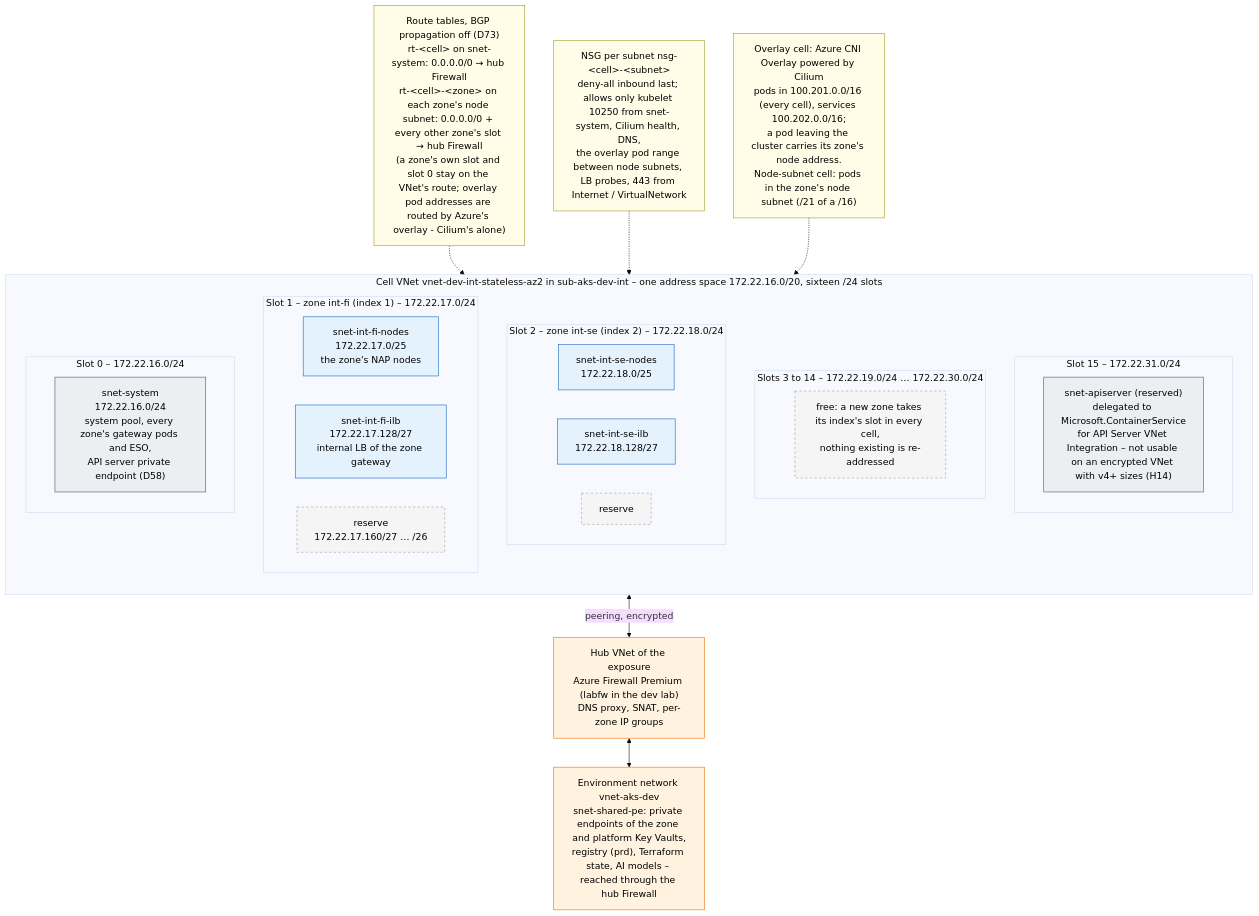
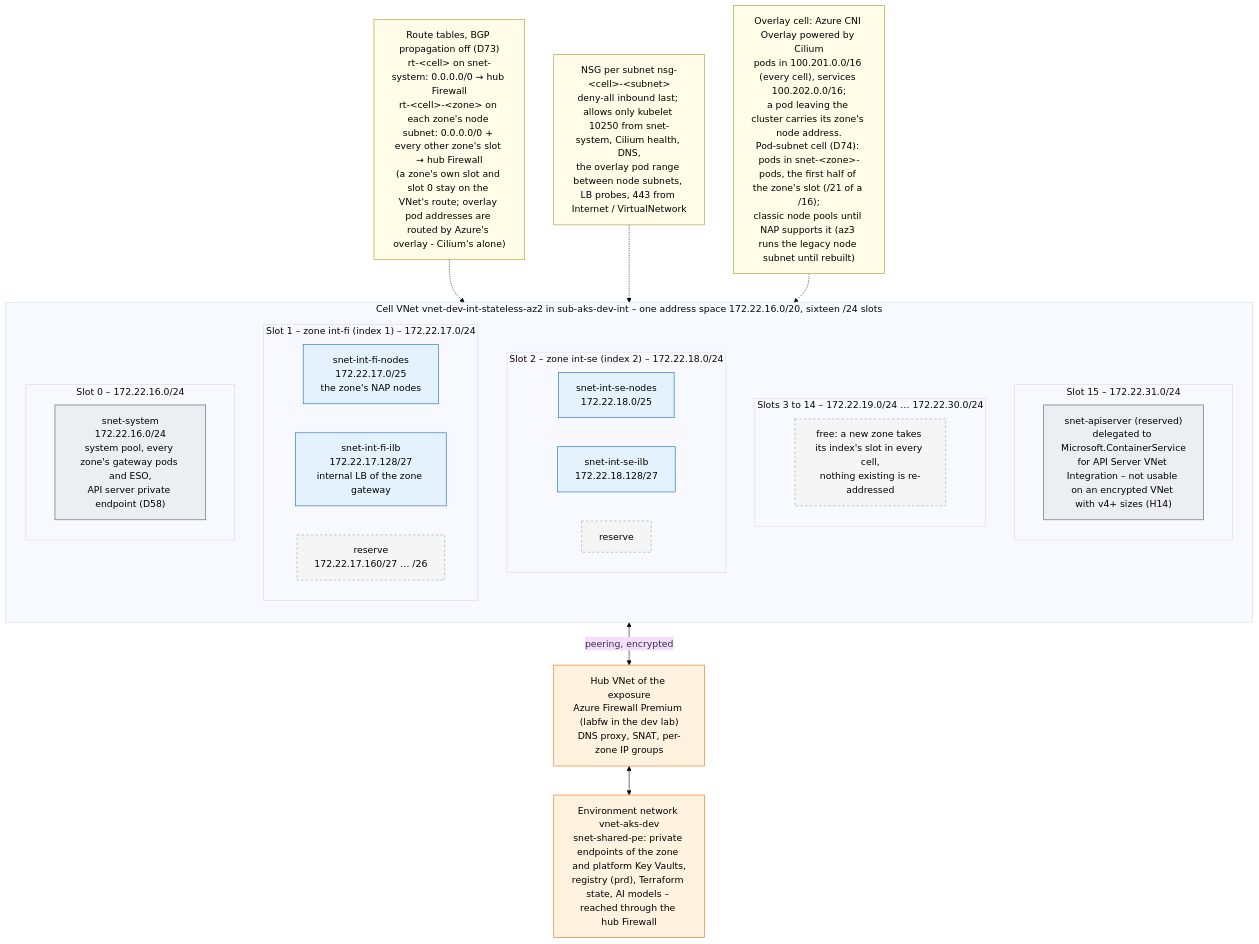
Before and after one commit to onek8s/onek8s.github.io: the diagram in diagrams/2.1-network-subnets.mmd, drawn with Mermaid (base theme). The commit also changed 10 other files, not shown here.

```diff
--- a/diagrams/2.1-network-subnets.mmd
+++ b/diagrams/2.1-network-subnets.mmd
@@ -1,60 +1,61 @@
 %% Subnet layout of an AKS spoke VNet, here an internal overlay cell with the dev lab's addressing (172.22.16.0/20).
 %% One address space per cell, cut into sixteen equal slots: slot 0 the system subnet, slots 1-14 the isolation
 %% zones by their index (the same index in every cell of the exposure), slot 15 reserved for the delegated API
 %% server subnet of VNet integration (H14). In a zone's slot the first half is the node subnet and the fifth eighth
-%% the load balancer subnet; the rest is reserve (address plan, section 3.1). A node-subnet cell (D59) is the same
-%% with a /16 of 100.64.0.0/10 and its pods in the node subnets. Private endpoints are not in the cells (snet-shared-pe).
+%% the load balancer subnet; the rest is reserve (address plan, section 3.1). A pod-subnet cell (D74) is the same
+%% with a /16 of 100.64.0.0/10, the pod subnet as the first half of the slot and the nodes in the sixth eighth; the lab's
+%% az3 still runs the legacy node subnet (D59) until it is rebuilt. Private endpoints are not in the cells (snet-shared-pe).
 %% Internal and external are separate clusters and subscriptions (D52): an external cell's VNet is the same layout
 %% with ext-fi / ext-se in its slots and public load balancers for its zone gateways. Since D73 (2026-10-18) a zone's node
 %% subnet routes every other zone's slot to the hub Firewall, so zone-to-zone traffic that carries node addresses is denied
 %% and logged there; the system subnet keeps the default route alone.
 flowchart TB
     subgraph VNET["Cell VNet vnet-dev-int-stateless-az2 in sub-aks-dev-int – one address space 172.22.16.0/20, sixteen /24 slots"]
         direction TB
         subgraph S15["Slot 15 – 172.22.31.0/24"]
             direction LR
             api["snet-apiserver (reserved)<br/>delegated to Microsoft.ContainerService<br/>for API Server VNet Integration – not usable on an encrypted VNet with v4+ sizes (H14)"]
         end
         subgraph SF["Slots 3 to 14 – 172.22.19.0/24 … 172.22.30.0/24"]
             direction LR
             free["free: a new zone takes its index's slot in every cell,<br/>nothing existing is re-addressed"]
         end
         subgraph S2["Slot 2 – zone int-se (index 2) – 172.22.18.0/24"]
             direction LR
             ise_n["snet-int-se-nodes<br/>172.22.18.0/25"]
             ise_i["snet-int-se-ilb<br/>172.22.18.128/27"]
             ise_r["reserve"]
         end
         subgraph S1["Slot 1 – zone int-fi (index 1) – 172.22.17.0/24"]
             direction LR
             ifi_n["snet-int-fi-nodes<br/>172.22.17.0/25<br/>the zone's NAP nodes"]
             ifi_i["snet-int-fi-ilb<br/>172.22.17.128/27<br/>internal LB of the zone gateway"]
             ifi_r["reserve<br/>172.22.17.160/27 … /26"]
         end
         subgraph S0["Slot 0 – 172.22.16.0/24"]
             direction LR
             sys["snet-system<br/>172.22.16.0/24<br/>system pool, every zone's gateway pods and ESO,<br/>API server private endpoint (D58)"]
         end
     end
 
     shared["Environment network vnet-aks-dev<br/>snet-shared-pe: private endpoints of the zone and platform Key Vaults,<br/>registry (prd), Terraform state, AI models – reached through the hub Firewall"]
     hub["Hub VNet of the exposure<br/>Azure Firewall Premium (labfw in the dev lab)<br/>DNS proxy, SNAT, per-zone IP groups"]
     rt["Route tables, BGP propagation off (D73)<br/>rt-&lt;cell&gt; on snet-system: 0.0.0.0/0 → hub Firewall<br/>rt-&lt;cell&gt;-&lt;zone&gt; on each zone's node subnet: 0.0.0.0/0 + every other zone's slot → hub Firewall<br/>(a zone's own slot and slot 0 stay on the VNet's route; overlay pod addresses are routed by Azure's overlay - Cilium's alone)"]
     nsg["NSG per subnet nsg-&lt;cell&gt;-&lt;subnet&gt;<br/>deny-all inbound last; allows only kubelet 10250 from snet-system, Cilium health, DNS,<br/>the overlay pod range between node subnets, LB probes, 443 from Internet / VirtualNetwork"]
-    cni["Overlay cell: Azure CNI Overlay powered by Cilium<br/>pods in 100.201.0.0/16 (every cell), services 100.202.0.0/16;<br/>a pod leaving the cluster carries its zone's node address.<br/>Node-subnet cell: pods in the zone's node subnet (/21 of a /16)"]
+    cni["Overlay cell: Azure CNI Overlay powered by Cilium<br/>pods in 100.201.0.0/16 (every cell), services 100.202.0.0/16;<br/>a pod leaving the cluster carries its zone's node address.<br/>Pod-subnet cell (D74): pods in snet-&lt;zone&gt;-pods, the first half of the zone's slot (/21 of a /16);<br/>classic node pools until NAP supports it (az3 runs the legacy node subnet until rebuilt)"]
     rt -.-> VNET
     nsg -.-> VNET
     cni -.-> VNET
     VNET <-->|"peering, encrypted"| hub
     hub <--> shared
 
     classDef cp fill:#eceff1,stroke:#455a64,color:#000
     classDef int fill:#e3f2fd,stroke:#1565c0,color:#000
     classDef res fill:#f5f5f5,stroke:#9e9e9e,color:#000,stroke-dasharray: 4 4
     classDef note fill:#fffde7,stroke:#9e9d24,color:#000
     classDef ext fill:#fff3e0,stroke:#ef6c00,color:#000
     class sys,api cp
     class ifi_n,ifi_i,ise_n,ise_i int
     class ifi_r,ise_r,free res
     class rt,nsg,cni note
     class shared,hub ext
```
